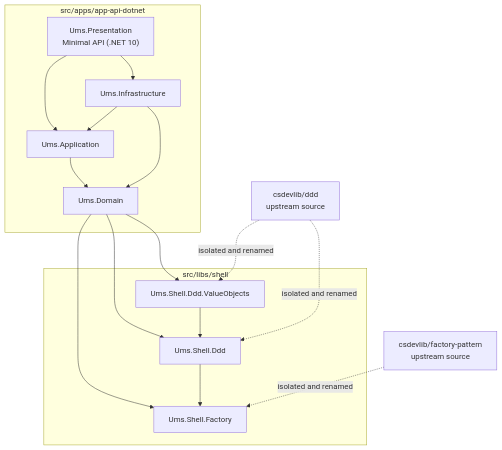
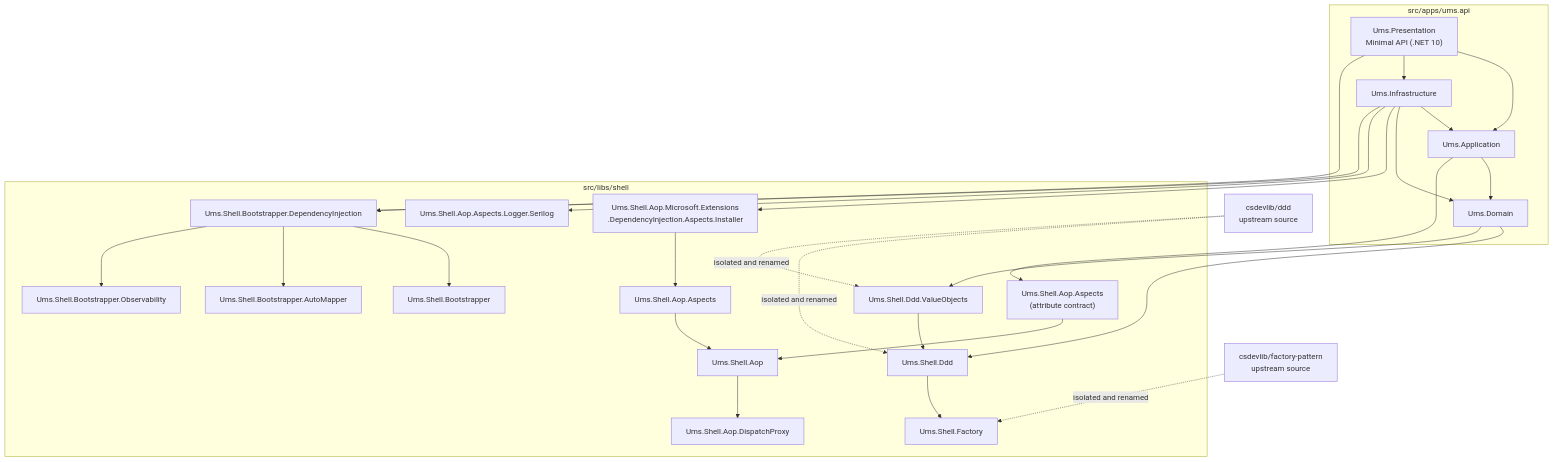
The diagram in docs/architecture/blueprints/shell-library-architecture.md (beyondnetcode/ums), drawn with Mermaid before and after one commit. The commit also changed other lines of this file and 1 other file, not shown here.

First line of the commit message:
docs: expand shell-library blueprint to cover AOP and Bootstrapper

````diff
--- a/docs/architecture/blueprints/shell-library-architecture.md
+++ b/docs/architecture/blueprints/shell-library-architecture.md
@@ -22,32 +28,60 @@
 ```mermaid
 flowchart TD
     A["Ums.Presentation<br/>Minimal API (.NET 10)"] --> B["Ums.Application"]
     A --> C["Ums.Infrastructure"]
     C --> B
     B --> D["Ums.Domain"]
     C --> D
 
+    %% Domain → DDD shell (Factory is transitive via Ddd)
     D --> E["Ums.Shell.Ddd"]
     D --> F["Ums.Shell.Ddd.ValueObjects"]
-    D --> G["Ums.Shell.Factory"]
+    F --> E
+    E --> G["Ums.Shell.Factory"]
 
-    F --> E
-    E --> G
+    %% Application → AOP attribute contract only
+    B --> H["Ums.Shell.Aop.Aspects<br/>(attribute contract)"]
 
-    H["csdevlib/ddd<br/>upstream source"] -. "isolated and renamed" .-> E
-    H -. "isolated and renamed" .-> F
-    I["csdevlib/factory-pattern<br/>upstream source"] -. "isolated and renamed" .-> G
+    %% Infrastructure → full AOP wiring + Bootstrapper
+    C --> I["Ums.Shell.Aop.Microsoft.Extensions<br/>.DependencyInjection.Aspects.Installer"]
+    C --> J["Ums.Shell.Aop.Aspects.Logger.Serilog"]
+    I --> K["Ums.Shell.Aop.Aspects"]
+    K --> L["Ums.Shell.Aop"]
+    L --> M["Ums.Shell.Aop.DispatchProxy"]
+    H --> L
 
-    subgraph Apps["src/apps/app-api-dotnet"]
+    %% Presentation/Infrastructure → Bootstrapper
+    A --> N["Ums.Shell.Bootstrapper.DependencyInjection"]
+    C --> N
+    N --> O["Ums.Shell.Bootstrapper"]
+    N --> P["Ums.Shell.Bootstrapper.AutoMapper"]
+    N --> Q["Ums.Shell.Bootstrapper.Observability"]
+
+    %% Upstream isolation
+    R["csdevlib/ddd<br/>upstream source"] -. "isolated and renamed" .-> E
+    R -. "isolated and renamed" .-> F
+    S["csdevlib/factory-pattern<br/>upstream source"] -. "isolated and renamed" .-> G
+
+    subgraph Apps["src/apps/ums.api"]
       A
       B
       C
       D
     end
 
     subgraph Shell["src/libs/shell"]
       E
       F
       G
+      H
+      I
+      J
+      K
+      L
+      M
+      N
+      O
+      P
+      Q
     end
 ```
````
